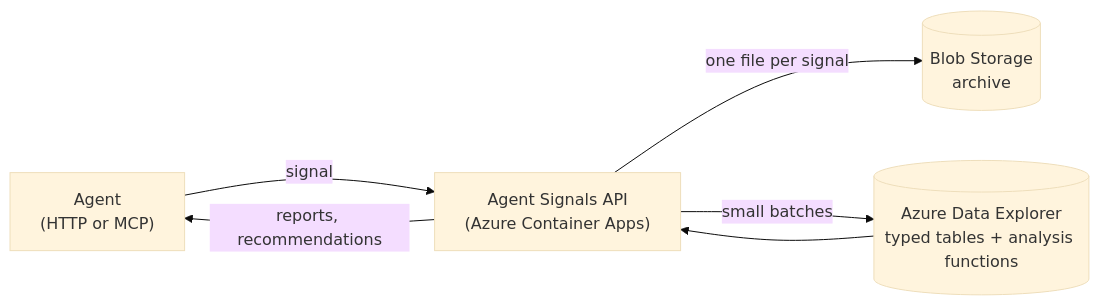
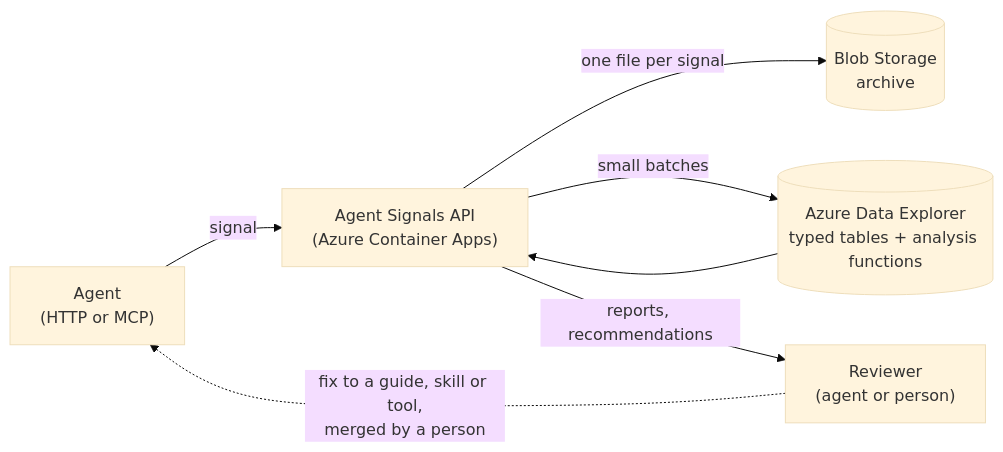
One commit to jmprieur/agent-signals-service changed the diagram in README.md. Above: the diagram before and after it, drawn with Mermaid (base theme). The commit also changed other lines of this file and 2 other files, not shown here.

First line of the commit message:
Document how to use the reports to improve agents, and fill gaps found in a pilot run

````diff
--- a/README.md
+++ b/README.md
@@ -40,8 +40,9 @@
 ```mermaid
 flowchart LR
     Agent["Agent<br/>(HTTP or MCP)"] -->|signal| API["Agent Signals API<br/>(Azure Container Apps)"]
     API -->|"one file per signal"| Blob[("Blob Storage<br/>archive")]
     API -->|"small batches"| Kusto[("Azure Data Explorer<br/>typed tables + analysis functions")]
     Kusto --> API
-    API -->|reports, recommendations| Agent
+    API -->|reports, recommendations| Reviewer["Reviewer<br/>(agent or person)"]
+    Reviewer -.->|"fix to a guide, skill or tool,<br/>merged by a person"| Agent
 ```
````
